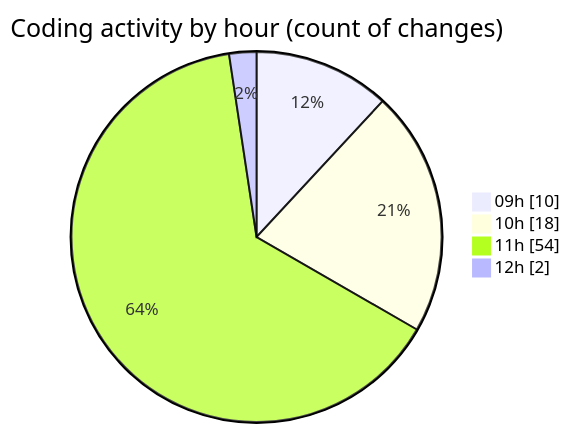
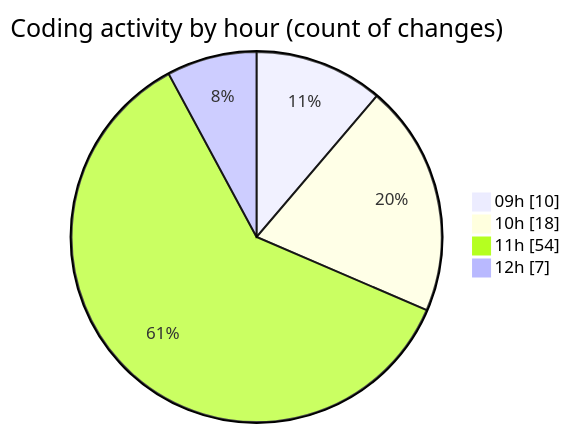
The second of 2 diagrams in 2025-05-09/ecodeli/README.md (CELIANVF/code-tracking), drawn with Mermaid before and after one commit. The commit also changed other lines of this file and 1 other file, not shown here.

````diff
--- a/2025-05-09/ecodeli/README.md
+++ b/2025-05-09/ecodeli/README.md
@@ -47,8 +50,8 @@
 ```mermaid
 pie showData
 title Coding activity by hour (count of changes)
 "09h" : 10
 "10h" : 18
 "11h" : 54
-"12h" : 2
+"12h" : 7
 ```
````
